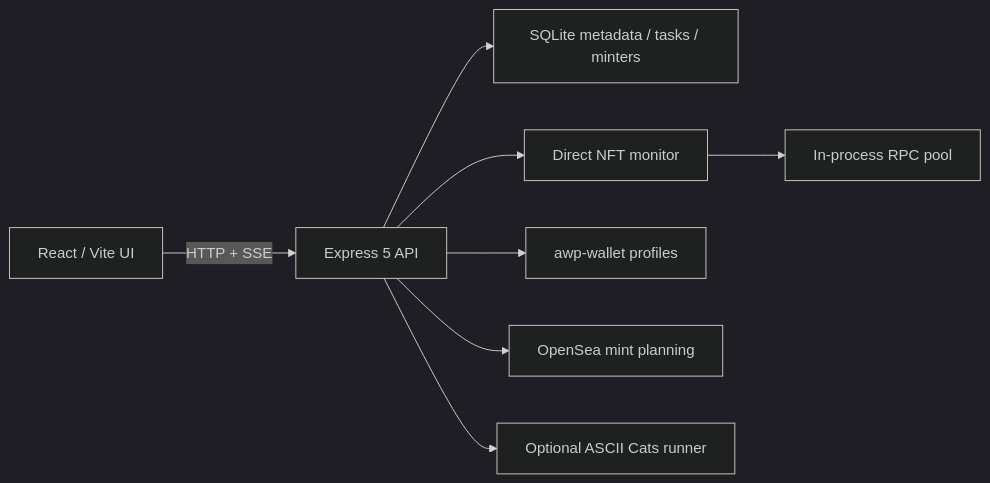
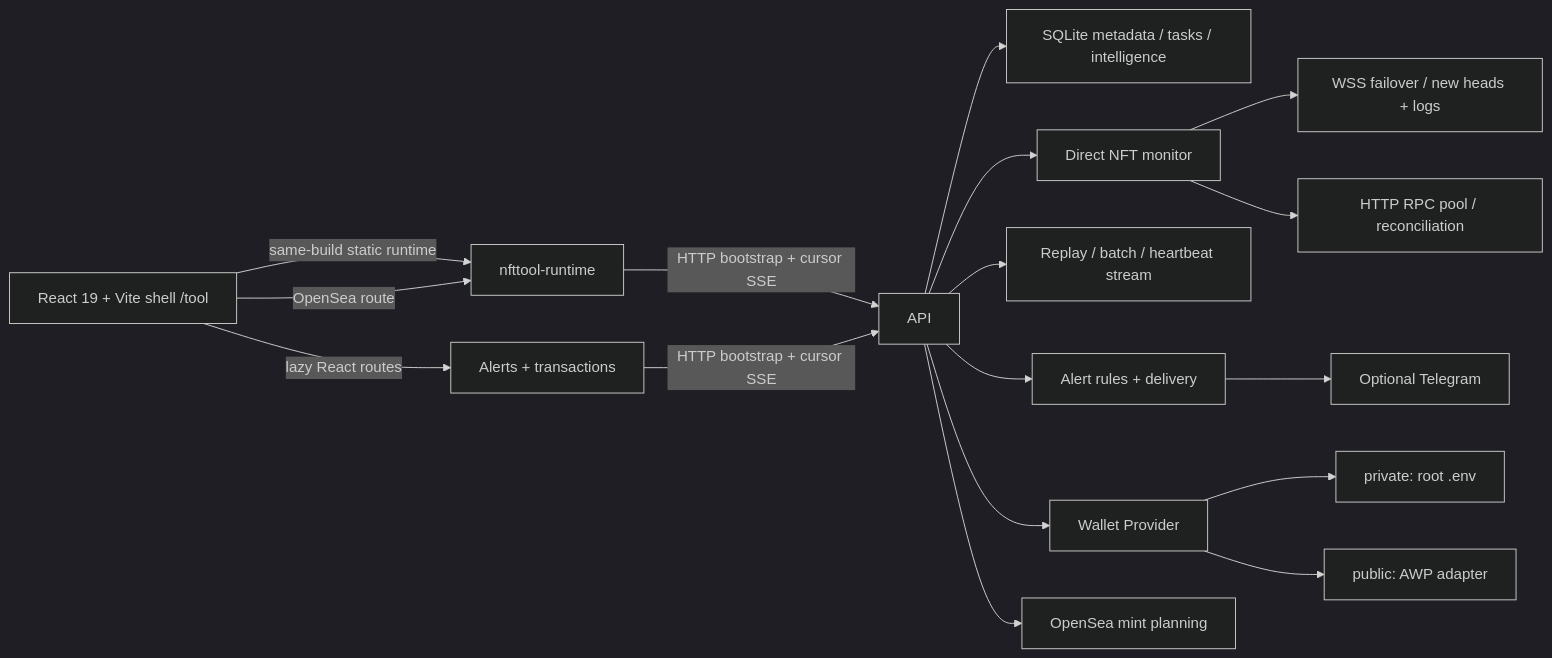
One commit to xiaobao-ops/611nft changed the diagram in DESIGN.md. Above: the diagram before and after it, drawn with Mermaid (dark theme). The commit also changed other lines of this file and 84 other files, not shown here.

Commit message:
test(tool): cover retained routes and security boundaries

````diff
--- a/DESIGN.md
+++ b/DESIGN.md
@@ -9,10 +9,19 @@
 ```mermaid
 flowchart LR
-  UI["React / Vite UI"] -->|"HTTP + SSE"| API["Express 5 API"]
-  API --> DB["SQLite metadata / tasks / minters"]
+  VITE["React 19 + Vite shell /tool"] -->|"lazy React routes"| UI["Alerts + transactions"]
+  VITE -->|"same-build static runtime"| RUNTIME["nfttool-runtime"]
+  VITE -->|"OpenSea route"| RUNTIME
+  RUNTIME -->|"HTTP bootstrap + cursor SSE"| API
+  UI -->|"HTTP bootstrap + cursor SSE"| API
+  API --> DB["SQLite metadata / tasks / intelligence"]
   API --> MON["Direct NFT monitor"]
-  MON --> POOL["In-process RPC pool"]
-  API --> AWP["awp-wallet profiles"]
+  MON --> WSS["WSS failover / new heads + logs"]
+  MON --> POOL["HTTP RPC pool / reconciliation"]
+  API --> RT["Replay / batch / heartbeat stream"]
+  API --> ALERT["Alert rules + delivery"]
+  ALERT --> TG["Optional Telegram"]
+  API --> WP["Wallet Provider"]
+  WP --> LOCAL["private: root .env"]
+  WP --> AWP["public: AWP adapter"]
   API --> PLAN["OpenSea mint planning"]
-  API --> ASCII["Optional ASCII Cats runner"]
 ```
````
